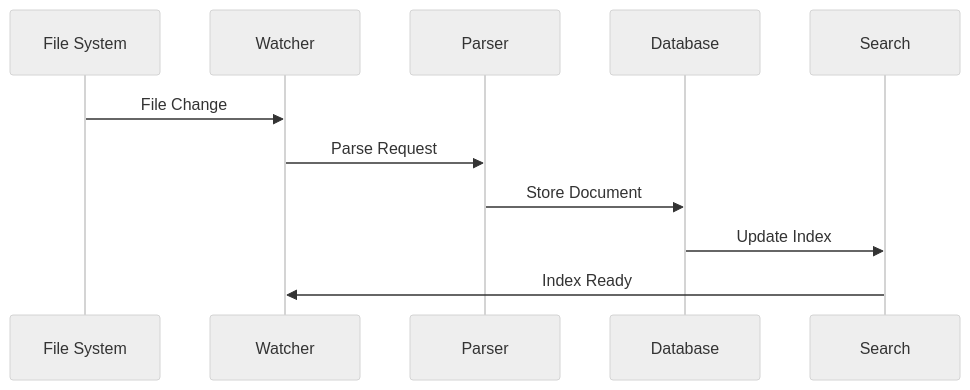
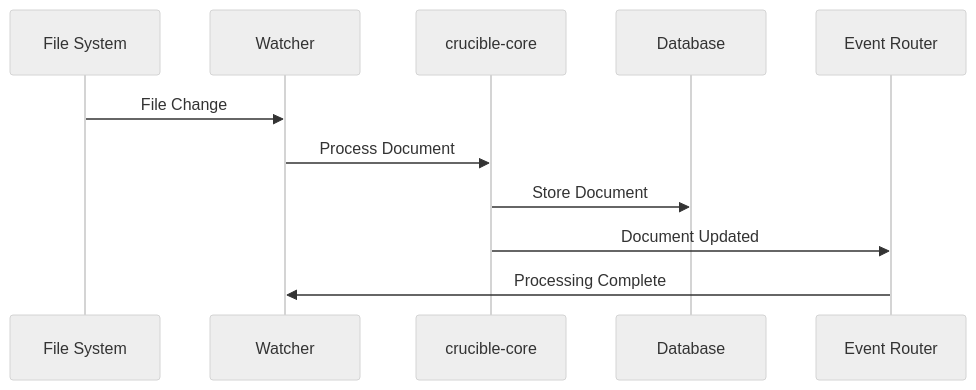
The third of 6 diagrams in docs/ARCHITECTURE.md (Mootikins/crucible), drawn with Mermaid (neutral theme) before and after one commit. The commit also changed other lines of this file and 181 other files, not shown here.

````diff
--- a/docs/ARCHITECTURE.md
+++ b/docs/ARCHITECTURE.md
@@ -187,14 +227,14 @@
 ```mermaid
 sequenceDiagram
     participant FS as File System
     participant W as Watcher
-    participant P as Parser
-    participant D as Database
-    participant S as Search
+    participant Core as crucible-core
+    participant DB as Database
+    participant Events as Event Router
 
     FS->>W: File Change
-    W->>P: Parse Request
-    P->>D: Store Document
-    D->>S: Update Index
-    S->>W: Index Ready
+    W->>Core: Process Document
+    Core->>DB: Store Document
+    Core->>Events: Document Updated
+    Events->>W: Processing Complete
 ```
````
